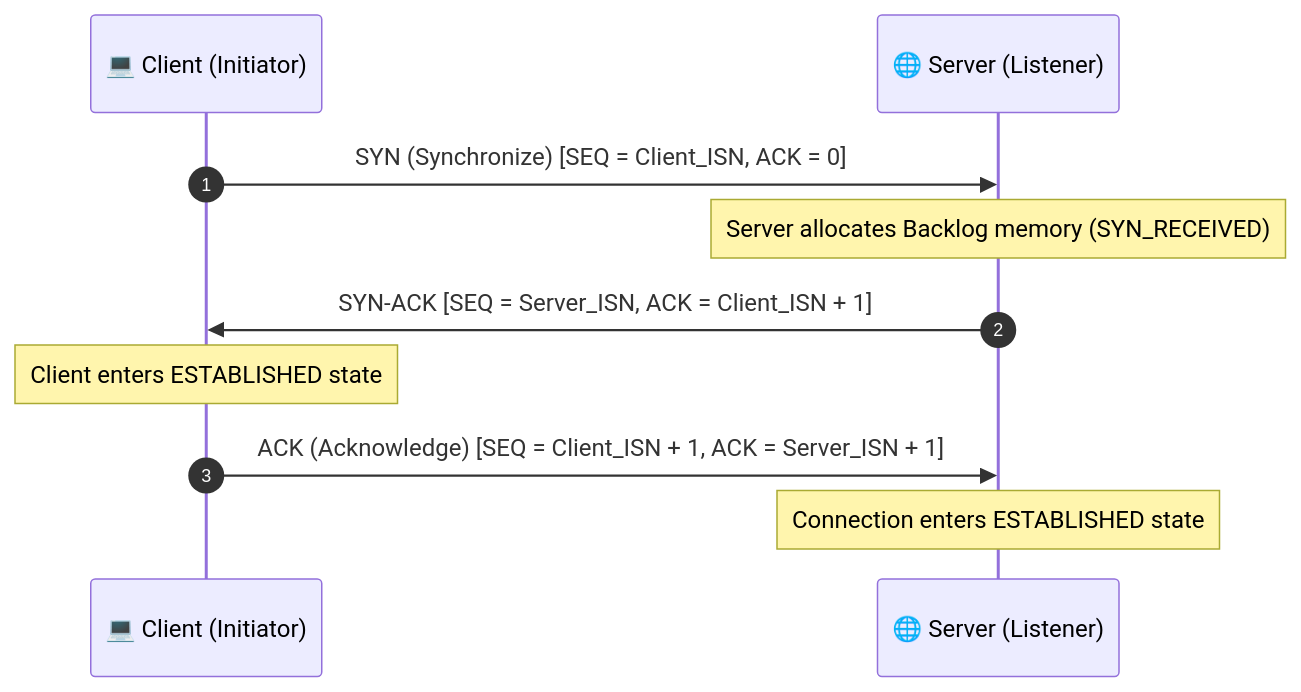
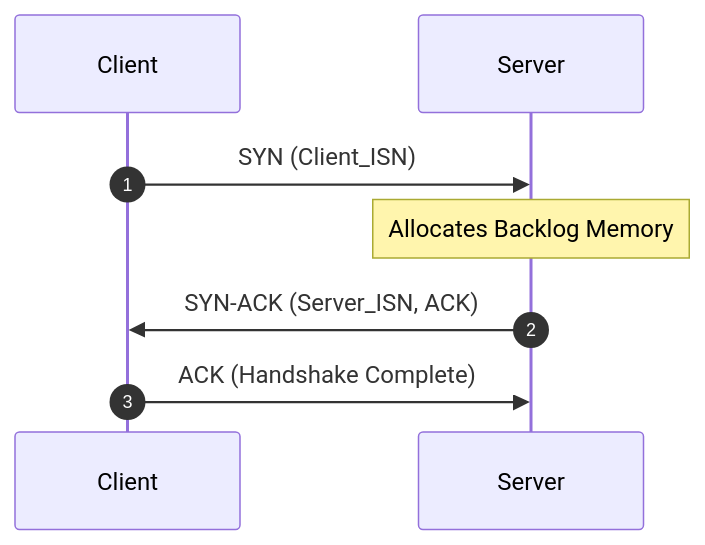
One commit to DaddyZyn/Cyber-security-notes changed the first of 4 diagrams in topics/09-tcp-handshake-exploits-rst-injection-and-scanning/README.md. Above: the diagram before and after it, drawn with Mermaid. The commit also changed other lines of this file and 19 other files, not shown here.

Commit message:
fix: overhaul all Mermaid diagrams with clean vertical layouts and short line-wrapping to prevent GitHub clipping

````diff
--- a/topics/09-tcp-handshake-exploits-rst-injection-and-scanning/README.md
+++ b/topics/09-tcp-handshake-exploits-rst-injection-and-scanning/README.md
@@ -30,13 +30,11 @@
 ```mermaid
 sequenceDiagram
     autonumber
-    participant Client as 💻 Client (Initiator)
-    participant Server as 🌐 Server (Listener)
+    participant Client as Client
+    participant Server as Server
 
-    Client->>Server: SYN (Synchronize) [SEQ = Client_ISN, ACK = 0]
-    Note over Server: Server allocates Backlog memory (SYN_RECEIVED)
-    Server->>Client: SYN-ACK [SEQ = Server_ISN, ACK = Client_ISN + 1]
-    Note over Client: Client enters ESTABLISHED state
-    Client->>Server: ACK (Acknowledge) [SEQ = Client_ISN + 1, ACK = Server_ISN + 1]
-    Note over Server: Connection enters ESTABLISHED state
+    Client->>Server: SYN (Client_ISN)
+    Note over Server: Allocates Backlog Memory
+    Server->>Client: SYN-ACK (Server_ISN, ACK)
+    Client->>Server: ACK (Handshake Complete)
 ```
````
